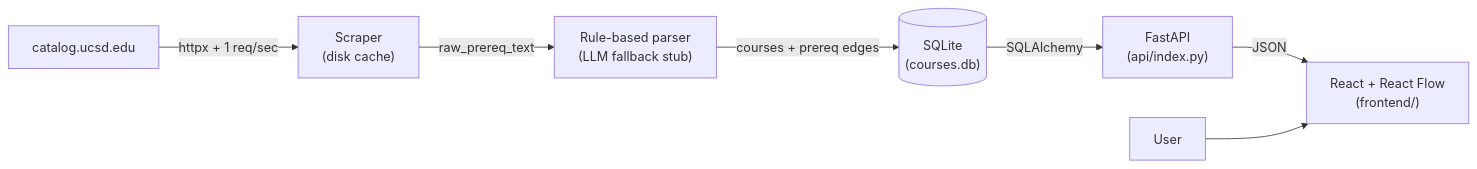
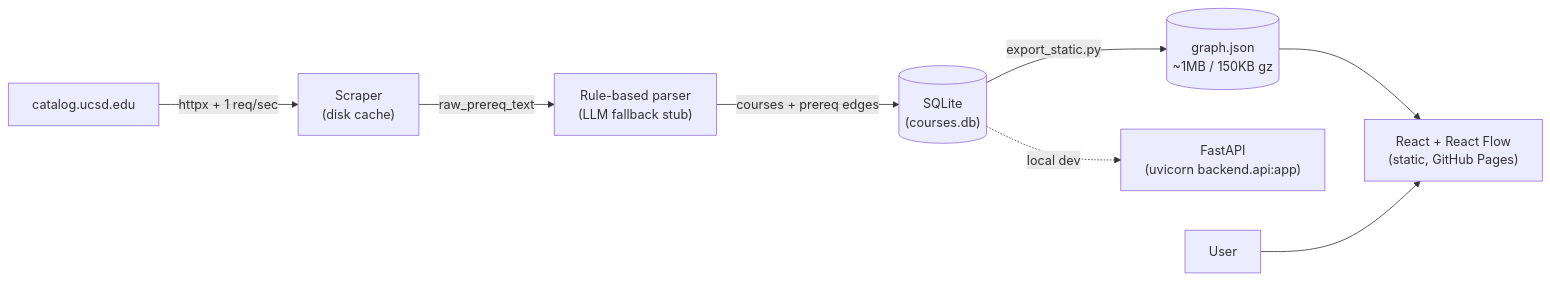
Before and after one commit to CuteSurtr/prereq-dependency: the diagram in README.md, drawn with Mermaid. The commit also changed other lines of this file, not shown here.

````diff
--- a/README.md
+++ b/README.md
@@ -9,9 +10,10 @@
 ```mermaid
 flowchart LR
     Catalog["catalog.ucsd.edu"] -->|httpx + 1 req/sec| Scraper["Scraper<br/>(disk cache)"]
     Scraper -->|raw_prereq_text| Parser["Rule-based parser<br/>(LLM fallback stub)"]
     Parser -->|courses + prereq edges| DB[("SQLite<br/>(courses.db)")]
-    DB -->|SQLAlchemy| API["FastAPI<br/>(api/index.py)"]
-    API -->|JSON| FE["React + React Flow<br/>(frontend/)"]
+    DB -->|export_static.py| JSON[("graph.json<br/>~1MB / 150KB gz")]
+    JSON --> FE["React + React Flow<br/>(static, GitHub Pages)"]
+    DB -.->|local dev| API["FastAPI<br/>(uvicorn backend.api:app)"]
     User["User"] --> FE
 ```
````
